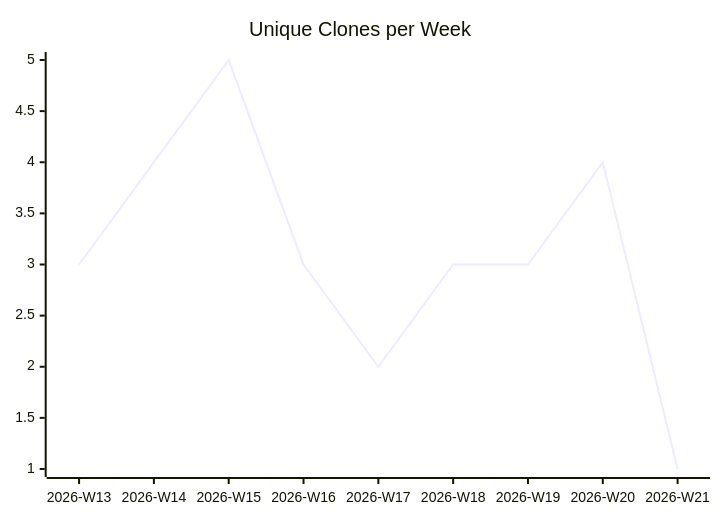
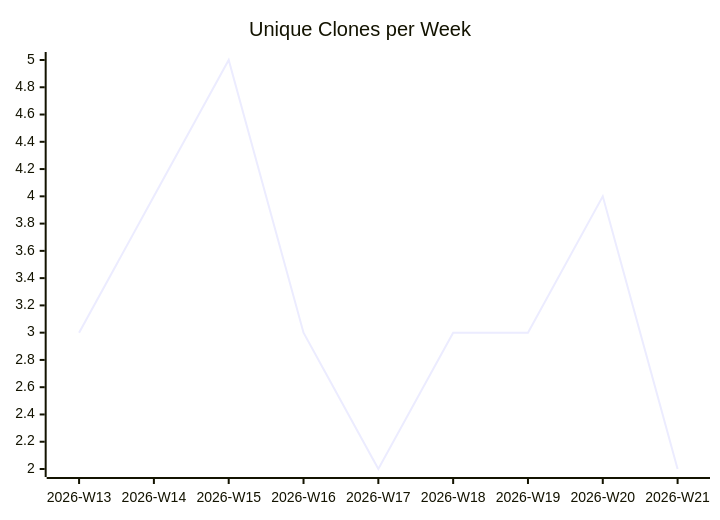
Before and after one commit to justdavis-family/github-analytics-data: the third of 3 diagrams in karlmdavis/justdavis-karl/README.md, drawn with Mermaid. The commit also changed other lines of this file and 190 other files, not shown here.

````diff
--- a/karlmdavis/justdavis-karl/README.md
+++ b/karlmdavis/justdavis-karl/README.md
@@ -19,6 +19,6 @@
 ```mermaid
 xychart-beta
   title "Unique Clones per Week"
   x-axis ["2026-W13", "2026-W14", "2026-W15", "2026-W16", "2026-W17", "2026-W18", "2026-W19", "2026-W20", "2026-W21"]
-  line [3, 4, 5, 3, 2, 3, 3, 4, 1]
+  line [3, 4, 5, 3, 2, 3, 3, 4, 2]
 ```
````
